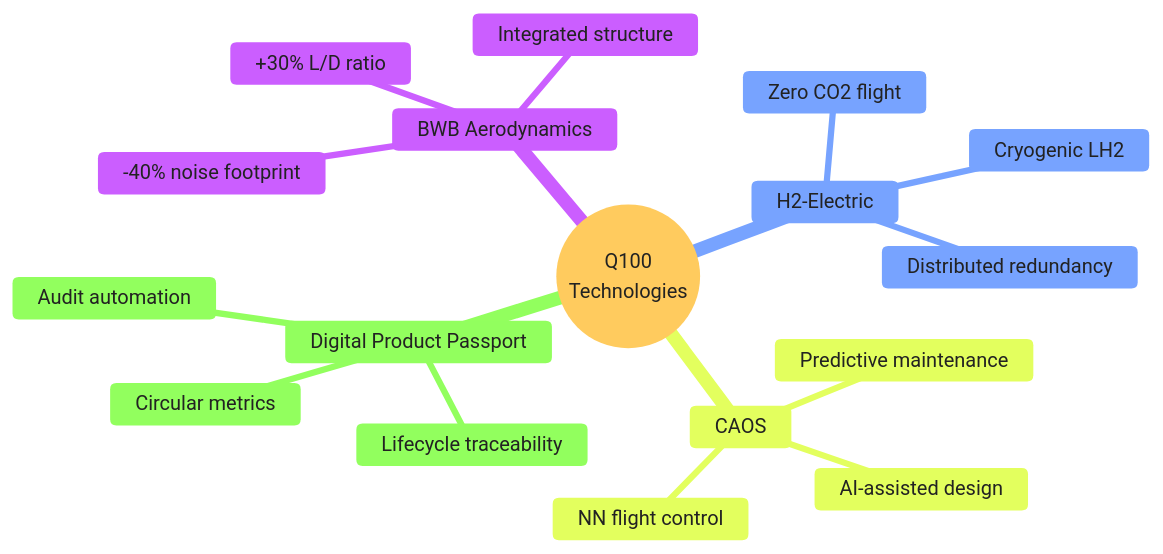
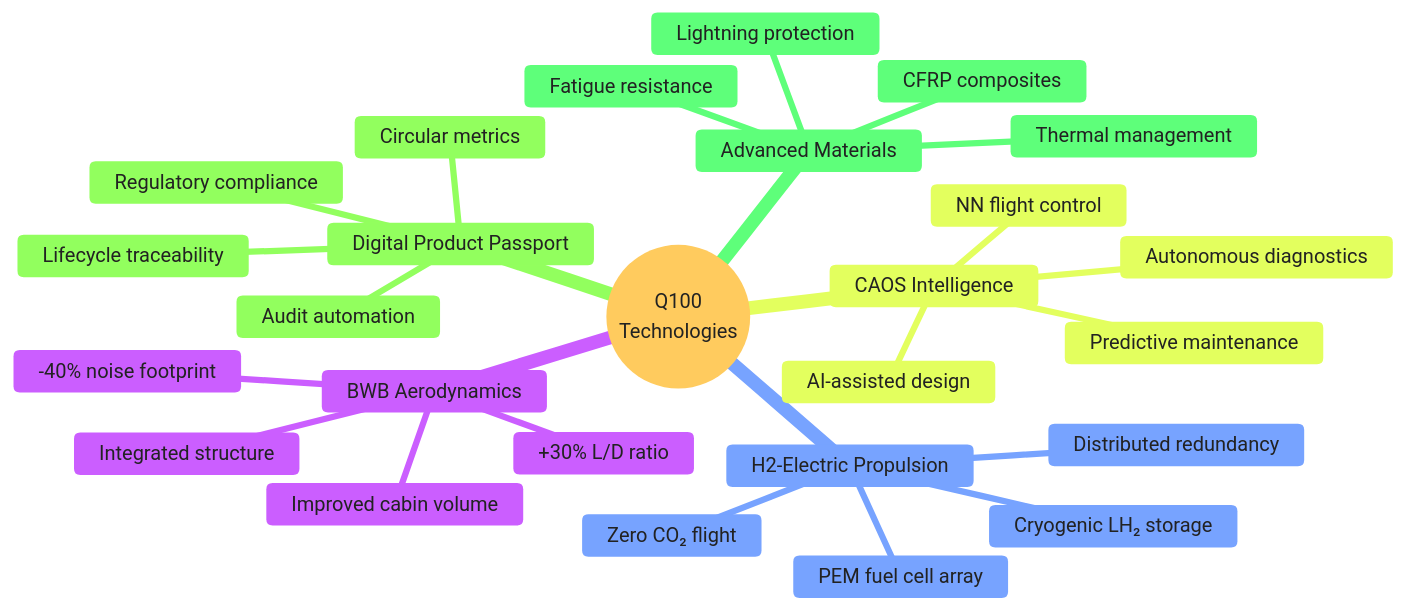
Before and after one commit to AmedeoPelliccia/AMPEL360-BWB-H2-Hy-E: the second of 9 diagrams in README.md, drawn with Mermaid. The commit also changed other lines of this file, not shown here.

````diff
--- a/README.md
+++ b/README.md
@@ -138,27 +135,36 @@
 ```mermaid
 %%{init: {
   "theme": "base",
   "themeVariables": {
     "primaryTextColor": "#222222",
-    "fontFamily": "Inter,Segoe UI,Roboto,sans-serif"
+    "fontFamily": "Inter, Segoe UI, Roboto, sans-serif"
   }
 }}%%
 mindmap
   root((Q100<br/>Technologies))
     BWB Aerodynamics
       +30% L/D ratio
       Integrated structure
       -40% noise footprint
-    H2-Electric
-      Zero CO2 flight
-      Cryogenic LH2
+      Improved cabin volume
+    H2-Electric Propulsion
+      Zero CO₂ flight
+      Cryogenic LH₂ storage
       Distributed redundancy
-    CAOS
+      PEM fuel cell array
+    CAOS Intelligence
       AI-assisted design
       Predictive maintenance
       NN flight control
+      Autonomous diagnostics
     Digital Product Passport
       Lifecycle traceability
       Circular metrics
       Audit automation
+      Regulatory compliance
+    Advanced Materials
+      CFRP composites
+      Thermal management
+      Lightning protection
+      Fatigue resistance
 ```
````
